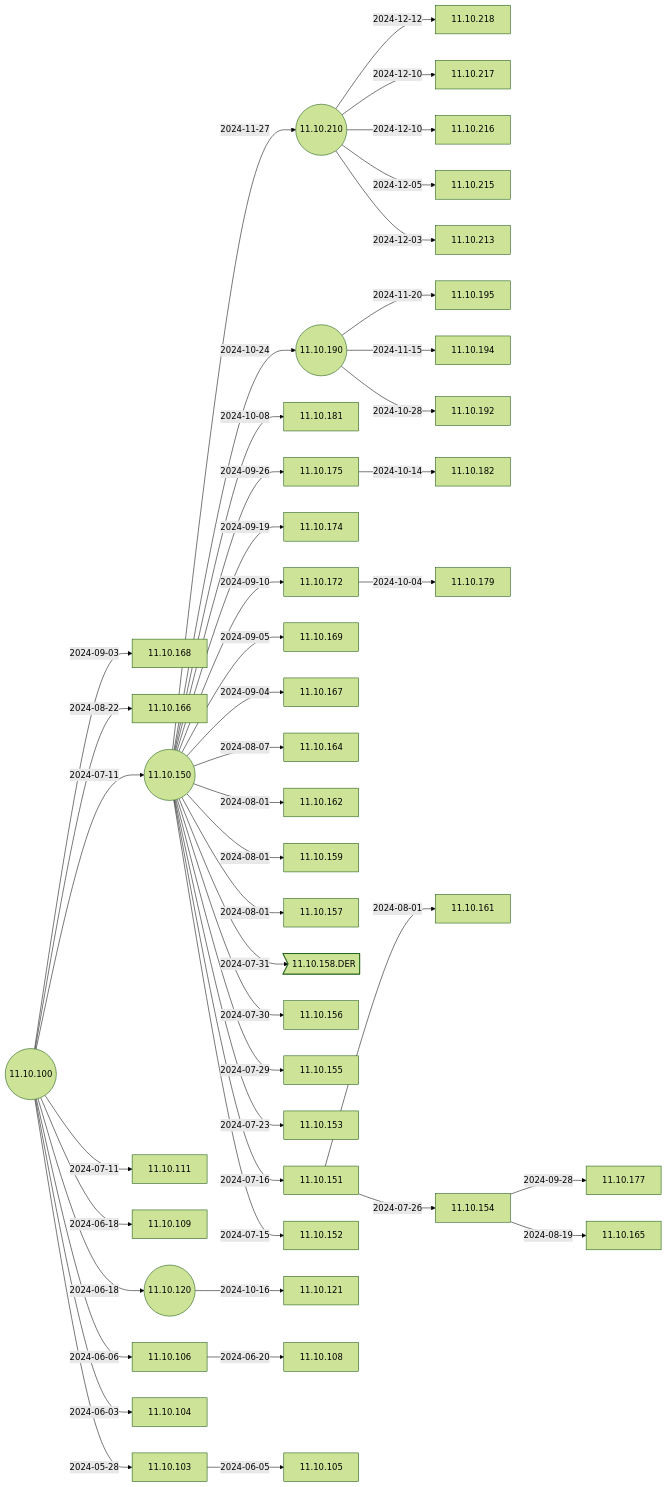
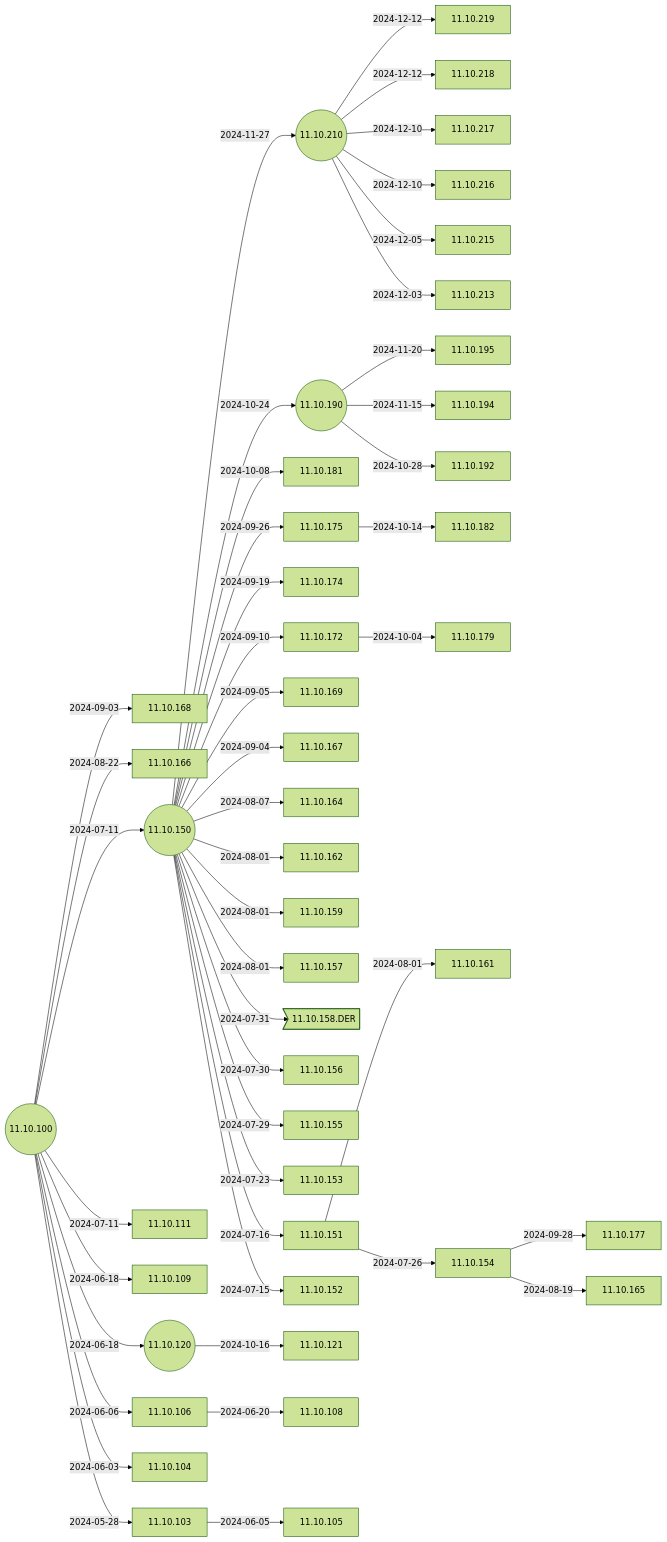
Before and after one commit to IGEL-Community/IGEL-Docs-v02: the second of 6 diagrams in docs/Docs/ReleaseNotes/01-OS11/README.md, drawn with Mermaid (forest theme). The commit also changed 2 other files, not shown here.

Commit message:
11.10.219 < 11.10.210 11.10.219 < 11.10.210

````diff
--- a/docs/Docs/ReleaseNotes/01-OS11/README.md
+++ b/docs/Docs/ReleaseNotes/01-OS11/README.md
@@ -41,5 +41,6 @@
 ```mermaid
 flowchart LR
+    11.10.210-- 2024-12-12 -->11.10.219
     11.10.210-- 2024-12-12 -->11.10.218
     11.10.210-- 2024-12-10 -->11.10.217
     11.10.210-- 2024-12-10 -->11.10.216
@@ -85,6 +86,7 @@
     11.10.100-- 2024-06-03 -->11.10.104
     11.10.100-- 2024-05-28 -->11.10.103
     11.10.100((11.10.100))
+    click 11.10.219 "https://github.com/IGEL-Community/IGEL-Docs-v02/tree/main/docs/Docs/ReleaseNotes/01-OS11/readme11.10.219.txt" _blank
     click 11.10.218 "https://github.com/IGEL-Community/IGEL-Docs-v02/tree/main/docs/Docs/ReleaseNotes/01-OS11/readme11.10.218.txt" _blank
     click 11.10.217 "https://github.com/IGEL-Community/IGEL-Docs-v02/tree/main/docs/Docs/ReleaseNotes/01-OS11/readme11.10.217.txt" _blank
     click 11.10.216 "https://github.com/IGEL-Community/IGEL-Docs-v02/tree/main/docs/Docs/ReleaseNotes/01-OS11/readme11.10.216.txt" _blank
````
